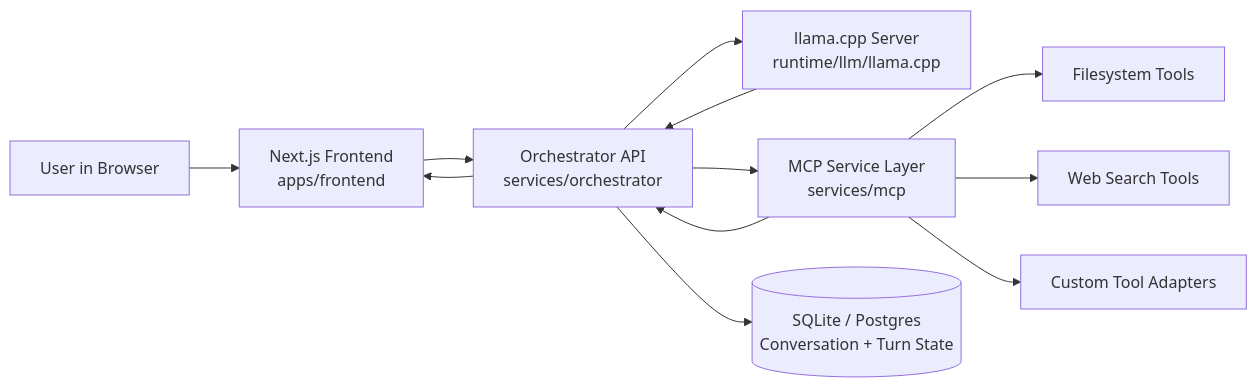
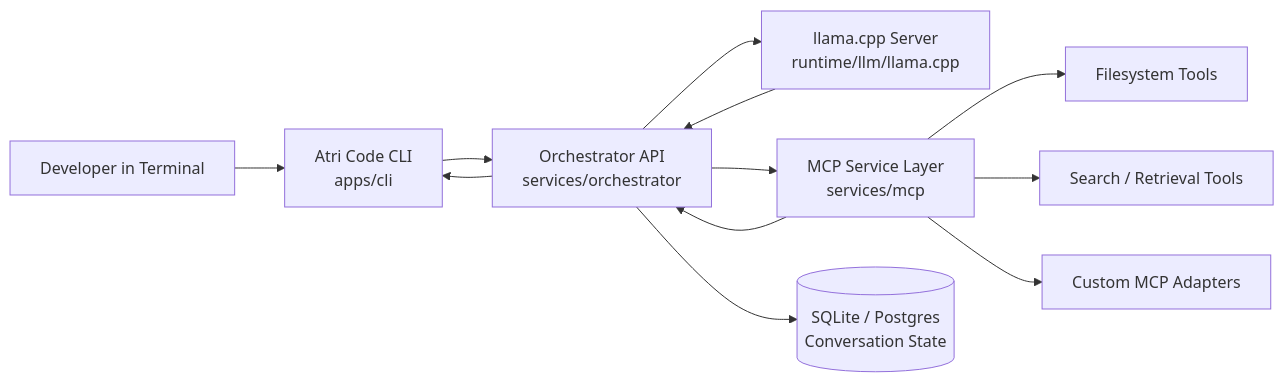
The diagram in README.md (ToniBirat7/atri-cli), drawn with Mermaid before and after one commit. The commit also changed other lines of this file and 33 other files, not shown here.

````diff
--- a/README.md
+++ b/README.md
@@ -81,17 +73,17 @@
 ```mermaid
 flowchart LR
-	U[User in Browser] --> F[Next.js Frontend<br/>apps/frontend]
-	F --> O[Orchestrator API<br/>services/orchestrator]
+	U[Developer in Terminal] --> C[Atri Code CLI<br/>apps/cli]
+	C --> O[Orchestrator API<br/>services/orchestrator]
 	O --> L[llama.cpp Server<br/>runtime/llm/llama.cpp]
 
 	O --> M[MCP Service Layer<br/>services/mcp]
 	M --> T1[Filesystem Tools]
-	M --> T2[Web Search Tools]
-	M --> T3[Custom Tool Adapters]
+	M --> T2[Search / Retrieval Tools]
+	M --> T3[Custom MCP Adapters]
 
-	O --> D[(SQLite / Postgres<br/>Conversation + Turn State)]
+	O --> D[(SQLite / Postgres<br/>Conversation State)]
 
 	L --> O
 	M --> O
-	O --> F
+	O --> C
 ```
````
